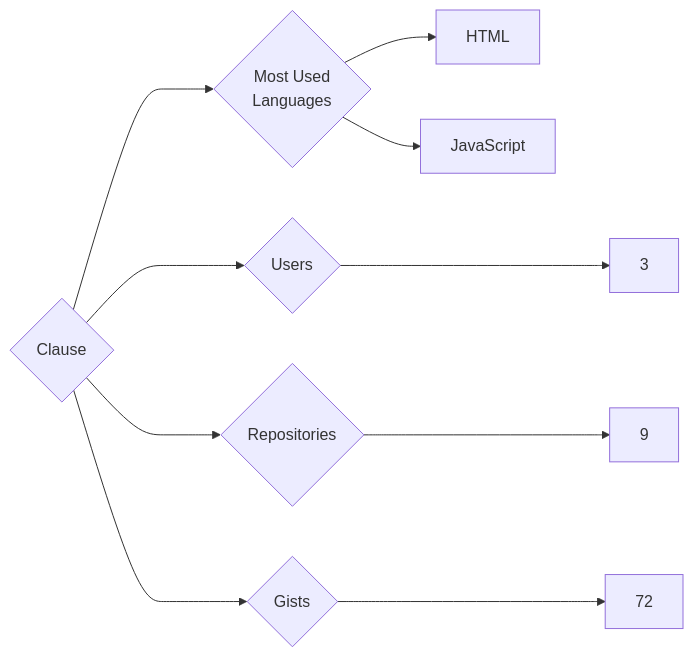
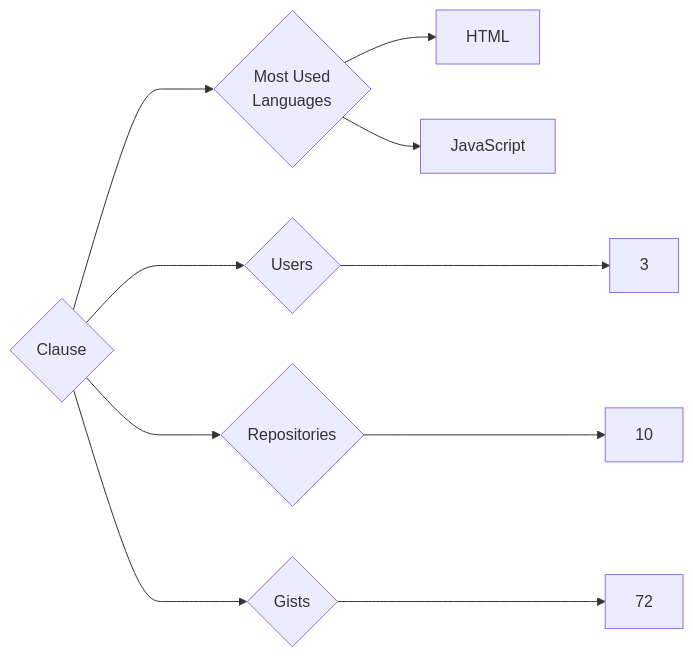
Before and after one commit to trickest/insiders: the diagram in targets/Clause/README.md, drawn with Mermaid. The commit also changed 870 other files, not shown here.

````diff
--- a/targets/Clause/README.md
+++ b/targets/Clause/README.md
@@ -3,10 +3,10 @@
 ```mermaid
 graph LR
 COMPANY_NAME{Clause}
 COMPANY_NAME ---> U{Users} ---> UN[3]
-COMPANY_NAME ---> R{Repositories} ---> RN[9]
+COMPANY_NAME ---> R{Repositories} ---> RN[10]
 COMPANY_NAME ---> G{Gists} ---> GN[72]
 COMPANY_NAME ---> ML{Most Used<br>Languages}
 ML --> HTML[HTML]
 ML --> JavaScript[JavaScript]
 ```
````
